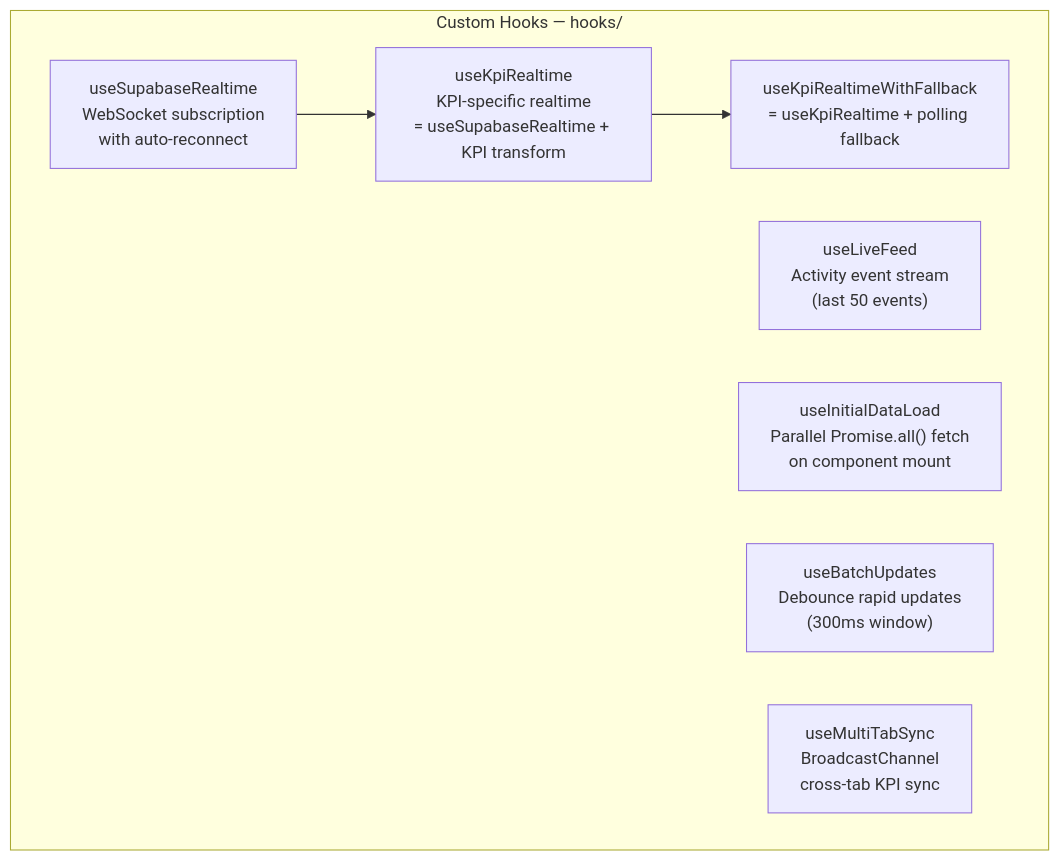
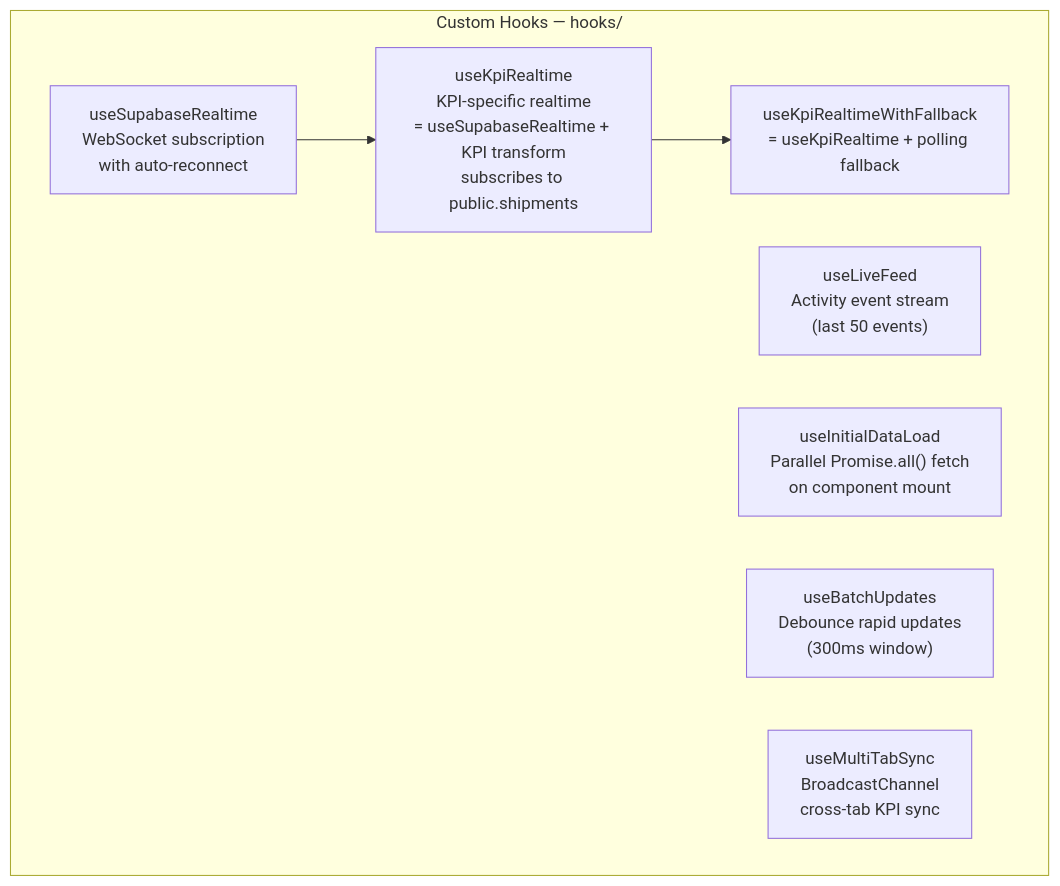
One commit to macho715/logi_hvdc_dash changed diagram 23 of 30 in apps/logistics-dashboard/docs/COMPONENTS.md. Above: the diagram before and after it, drawn with Mermaid. The commit also changed other lines of this file and 80 other files, not shown here.

````diff
--- a/apps/logistics-dashboard/docs/COMPONENTS.md
+++ b/apps/logistics-dashboard/docs/COMPONENTS.md
@@ -635,15 +949,15 @@
 ```mermaid
 graph TD
     subgraph Hooks["Custom Hooks — hooks/"]
         H1["useSupabaseRealtime<br/>WebSocket subscription<br/>with auto-reconnect"]
-        H2["useKpiRealtime<br/>KPI-specific realtime<br/>= useSupabaseRealtime + KPI transform"]
+        H2["useKpiRealtime<br/>KPI-specific realtime<br/>= useSupabaseRealtime + KPI transform<br/>subscribes to public.shipments"]
         H3["useKpiRealtimeWithFallback<br/>= useKpiRealtime + polling fallback"]
         H4["useLiveFeed<br/>Activity event stream<br/>(last 50 events)"]
         H5["useInitialDataLoad<br/>Parallel Promise.all() fetch<br/>on component mount"]
         H6["useBatchUpdates<br/>Debounce rapid updates<br/>(300ms window)"]
         H7["useMultiTabSync<br/>BroadcastChannel<br/>cross-tab KPI sync"]
     end
 
     H1 --> H2
     H2 --> H3
 ```
````
